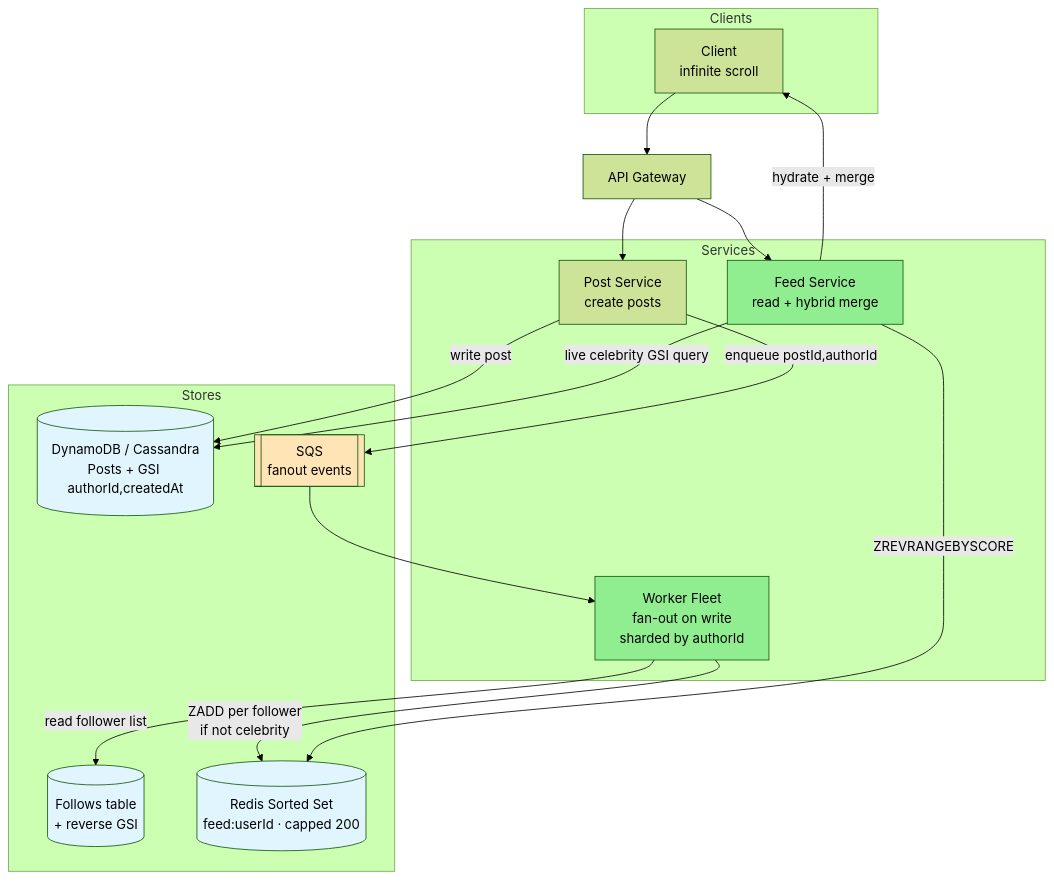
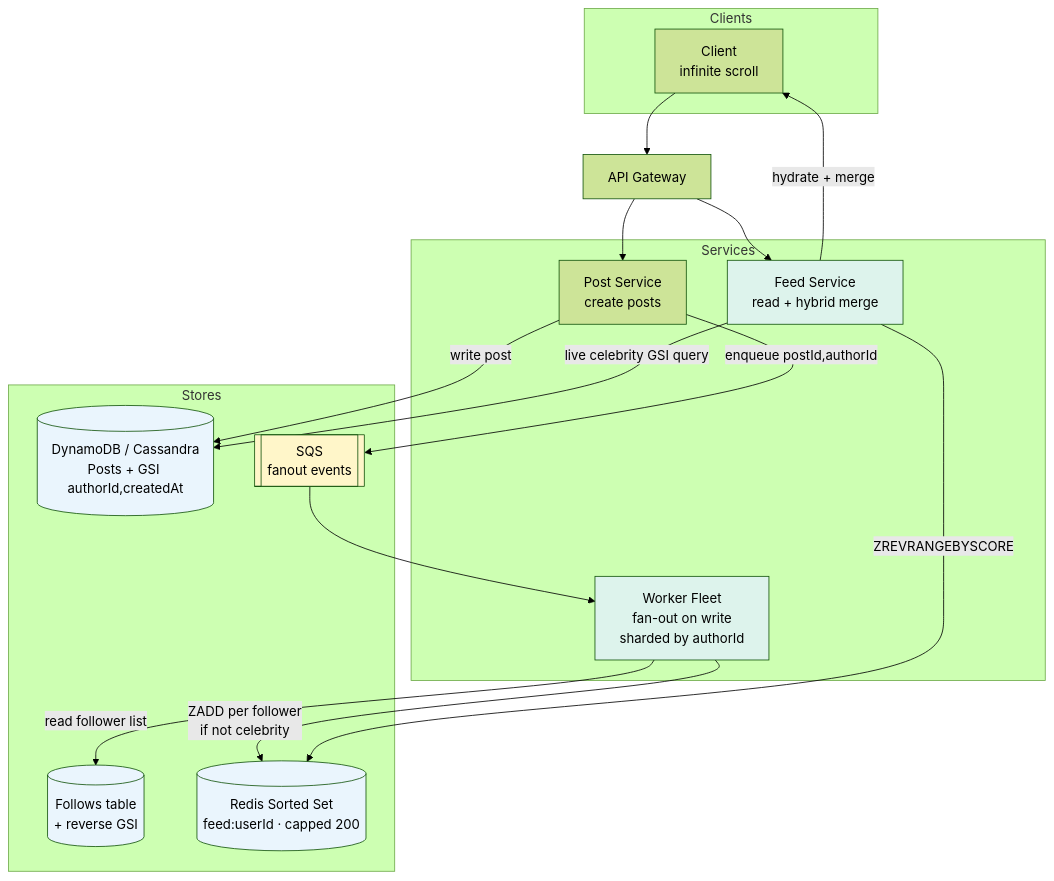
One commit to cartmancodes/InterviewVault changed the second of 7 diagrams in LLD/questions/Design Facebook News Feed.md. Above: the diagram before and after it, drawn with Mermaid (forest theme). The commit also changed other lines of this file and 679 other files, not shown here.

Commit message:
Unify content diagrams and add accessible visual walkthroughs

````diff
--- a/LLD/questions/Design Facebook News Feed.md
+++ b/LLD/questions/Design Facebook News Feed.md
@@ -143,40 +143,40 @@
 ```mermaid
 graph TB
     subgraph Clients
         C[Client<br/>infinite scroll]
     end
 
     GW[API Gateway]
 
     subgraph Services
         PS[Post Service<br/>create posts]
         FS[Feed Service<br/>read + hybrid merge]
         WF[Worker Fleet<br/>fan-out on write<br/>sharded by authorId]
     end
 
     subgraph Stores
         POSTS[(DynamoDB / Cassandra<br/>Posts + GSI authorId,createdAt)]
         FOLLOWS[(Follows table<br/>+ reverse GSI)]
         REDISFEED[(Redis Sorted Set<br/>feed:userId · capped 200)]
         SQS[[SQS<br/>fanout events]]
     end
 
     C --> GW
     GW --> PS
     GW --> FS
     PS -->|write post| POSTS
     PS -->|enqueue postId,authorId| SQS
     SQS --> WF
     WF -->|ZADD per follower<br/>if not celebrity| REDISFEED
     WF -->|read follower list| FOLLOWS
     FS -->|ZREVRANGEBYSCORE| REDISFEED
     FS -->|live celebrity GSI query| POSTS
     FS -->|hydrate + merge| C
 
-    style REDISFEED fill:#e1f5ff
-    style POSTS fill:#e1f5ff
-    style FOLLOWS fill:#e1f5ff
-    style SQS fill:#FFE4B5
-    style FS fill:#90EE90
-    style WF fill:#90EE90
+    style REDISFEED fill:#EAF5FD
+    style POSTS fill:#EAF5FD
+    style FOLLOWS fill:#EAF5FD
+    style SQS fill:#FFF6C9
+    style FS fill:#DDF3EC
+    style WF fill:#DDF3EC
 ```
````
